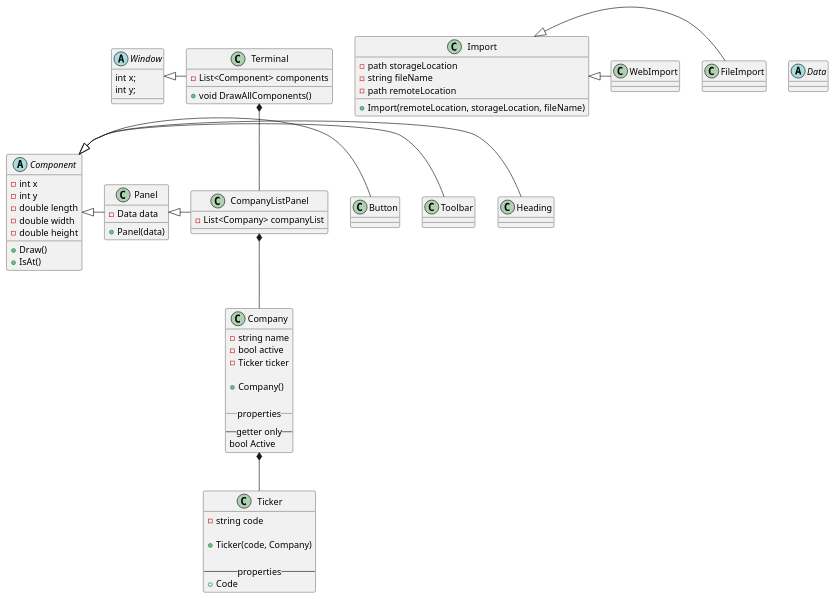
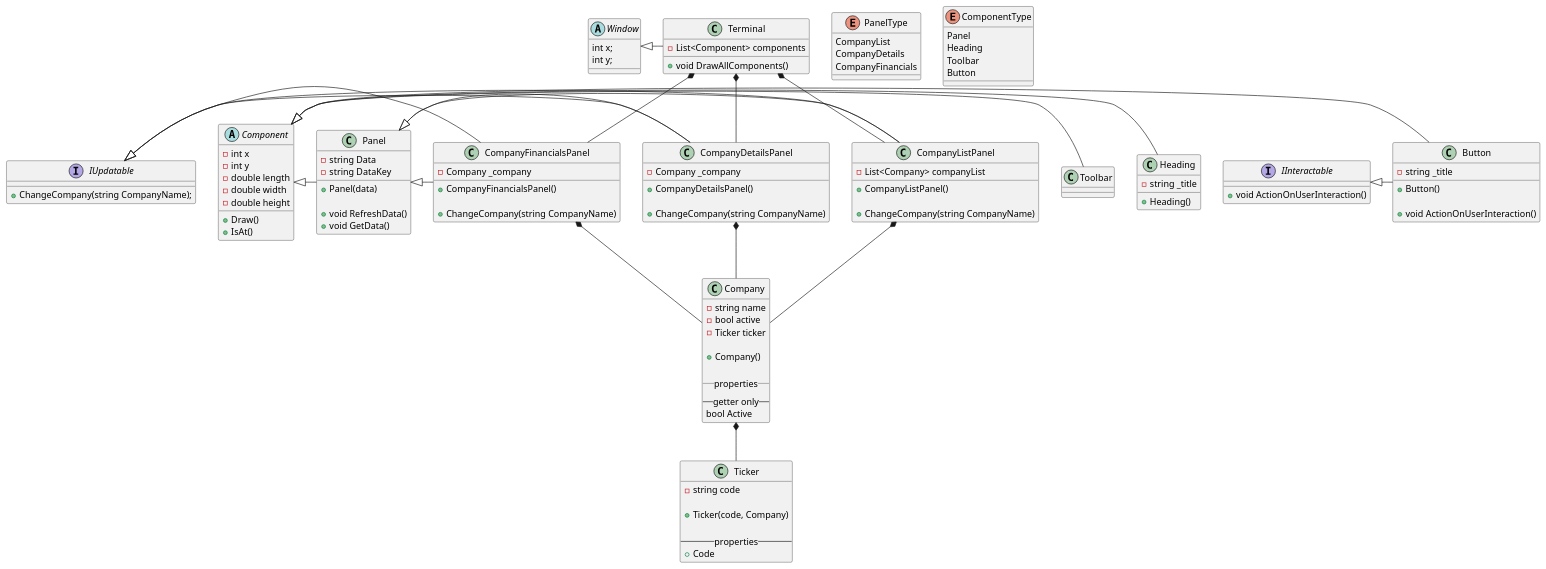
One commit to JohnVonNeumann/bloombleurgh changed the diagram in Bloombleurgh/Bloombleurgh/Program.puml. Above: the diagram before and after it, drawn with PlantUML.

Commit message:
UPDATE Program.puml - imrpove the UML for the program

```diff
--- a/Bloombleurgh/Bloombleurgh/Program.puml
+++ b/Bloombleurgh/Bloombleurgh/Program.puml
@@ -1,110 +1,181 @@
 @startuml
 'https://plantuml.com/class-diagram
 
 'Inheritance
 Window <|- Terminal
-Import <|- FileImport
-Import <|- WebImport
-
 
 Component <|- Heading
 Component <|- Toolbar
 Component <|- Button
 Component <|- Panel
 
+IInteractable <|- Button
+
 Panel <|- CompanyListPanel
+Panel <|- CompanyDetailsPanel
+Panel <|- CompanyFinancialsPanel
+
+IUpdatable <|- CompanyListPanel
+IUpdatable <|- CompanyDetailsPanel
+IUpdatable <|- CompanyFinancialsPanel
+
 
 'Composition
 Terminal *-- CompanyListPanel
+Terminal *-- CompanyDetailsPanel
+Terminal *-- CompanyFinancialsPanel
 
 CompanyListPanel *-- Company
+CompanyDetailsPanel *-- Company
+CompanyFinancialsPanel *-- Company
 Company *-- Ticker
 
 'Aggregation
 
 'Used as a base class for terminal, allows for drawing and sizing
 'Implement non abstract then make it abstract
 abstract class Window {
 int x;
 int y;
 }
 
 'Implement the Terminal as one class first, then break it out into separate modules
 class Terminal {
 - List<Component> components
 
 + void DrawAllComponents()
 }
 
 abstract class Component {
 - int x
 - int y
 - double length
 - double width
 - double height
 
 + Draw()
 'Probably want some sort of polymorphic IsAt to handle all styles of rect
 + IsAt()
 }
 
-class Heading {}
+class Heading {
+- string _title
 
++ Heading()
+}
+
+' unsure if a Toolbar is even needed
 class Toolbar {
 }
 
+enum PanelType {
+    CompanyList
+    CompanyDetails
+    CompanyFinancials
+}
+
+enum ComponentType {
+    Panel
+    Heading
+    Toolbar
+    Button
+}
+
 class Button {
+- string _title
+
++ Button()
+
++ void ActionOnUserInteraction()
+}
+
+interface IInteractable {
++ void ActionOnUserInteraction()
 }
 
 class Panel {
-- Data data
+- string Data
+' refers to the json key that holds the data we wish to populate
+- string DataKey
 
 + Panel(data)
+
++ void RefreshData()
++ void GetData()
 }
 
 class CompanyListPanel {
 - List<Company> companyList
+
++ CompanyListPanel()
+
++ ChangeCompany(string CompanyName)
 }
 
-'Perhaps fuck the import stuff, just use existing input files to start
-'Dont bother with having an independent way to call new files, just populate
-'from a data directory until everything is working, then add on as a bonus
-class Import {
-- path storageLocation
-- string fileName
-- path remoteLocation
+class CompanyDetailsPanel {
+- Company _company
 
-+ Import(remoteLocation, storageLocation, fileName)
++ CompanyDetailsPanel()
+
++ ChangeCompany(string CompanyName)
 }
 
-class FileImport {
+class CompanyFinancialsPanel {
+- Company _company
+
++ CompanyFinancialsPanel()
+
++ ChangeCompany(string CompanyName)
 }
 
-class WebImport {
+' Replaces the property for Company Panels as when the company is updated, it needs to update
+' the data in the panel
+interface IUpdatable {
++ ChangeCompany(string CompanyName);
 }
+
 
 class Company {
 - string name
 - bool active
 - Ticker ticker
 
 + Company()
 
 __properties__
 --getter only--
 bool Active
 }
 
 class Ticker {
 - string code
 
 + Ticker(code, Company)
 
 --properties--
 + Code
 }
 
-abstract class Data {
-}
+''Perhaps fuck the import stuff, just use existing input files to start
+''Dont bother with having an independent way to call new files, just populate
+''from a data directory until everything is working, then add on as a bonus
+'class Import {
+'- path storageLocation
+'- string fileName
+'- path remoteLocation
+'
+'+ Import(remoteLocation, storageLocation, fileName)
+'}
+'
+'class FileImport {
+'}
+'
+'class WebImport {
+'}
+'abstract class Data {
+'}
+'
+'Import <|- FileImport
+'Import <|- WebImport
 
 @enduml
```
